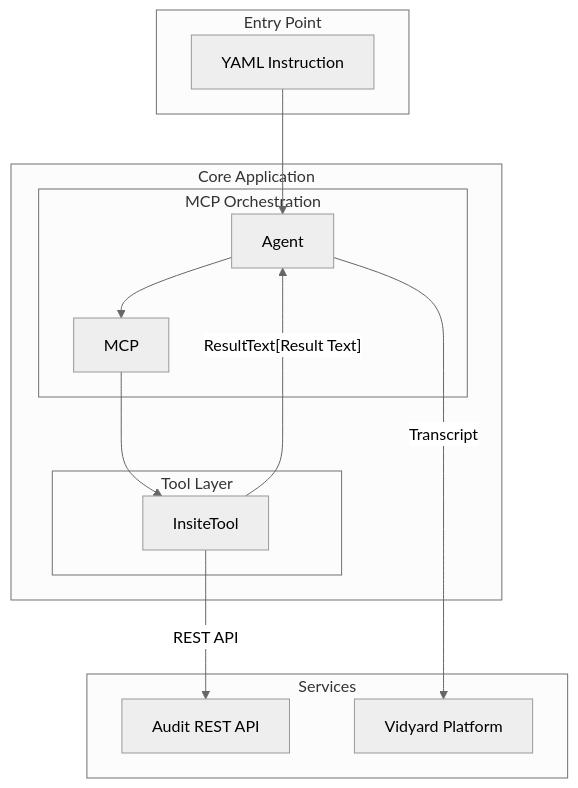
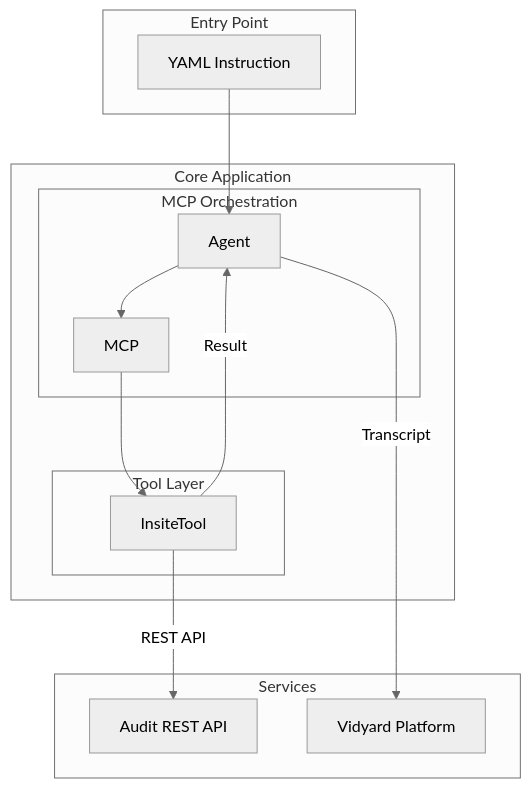
The first of 2 diagrams in README.md (nenavathsuresh/Autogen), drawn with Mermaid (neutral theme) before and after one commit.

````diff
--- a/README.md
+++ b/README.md
@@ -47,23 +47,23 @@
 ```mermaid
 graph TD
     subgraph Entry Point
         YAML[YAML Instruction]
     end
 
     subgraph Core Application
         YAML --> Agent
         subgraph MCP Orchestration
             Agent --> MCP
         end
         subgraph Tool Layer
             MCP --> InsiteTool
         end
     end
 
     subgraph Services
         InsiteTool -->|REST API| RESTAPI[Audit REST API]
-        InsiteTool -- ResultText[Result Text] --> Agent
+        InsiteTool -- Result --> Agent
         Agent -->|Transcript| Vidyard[Vidyard Platform]
     end
 
 ```
````
